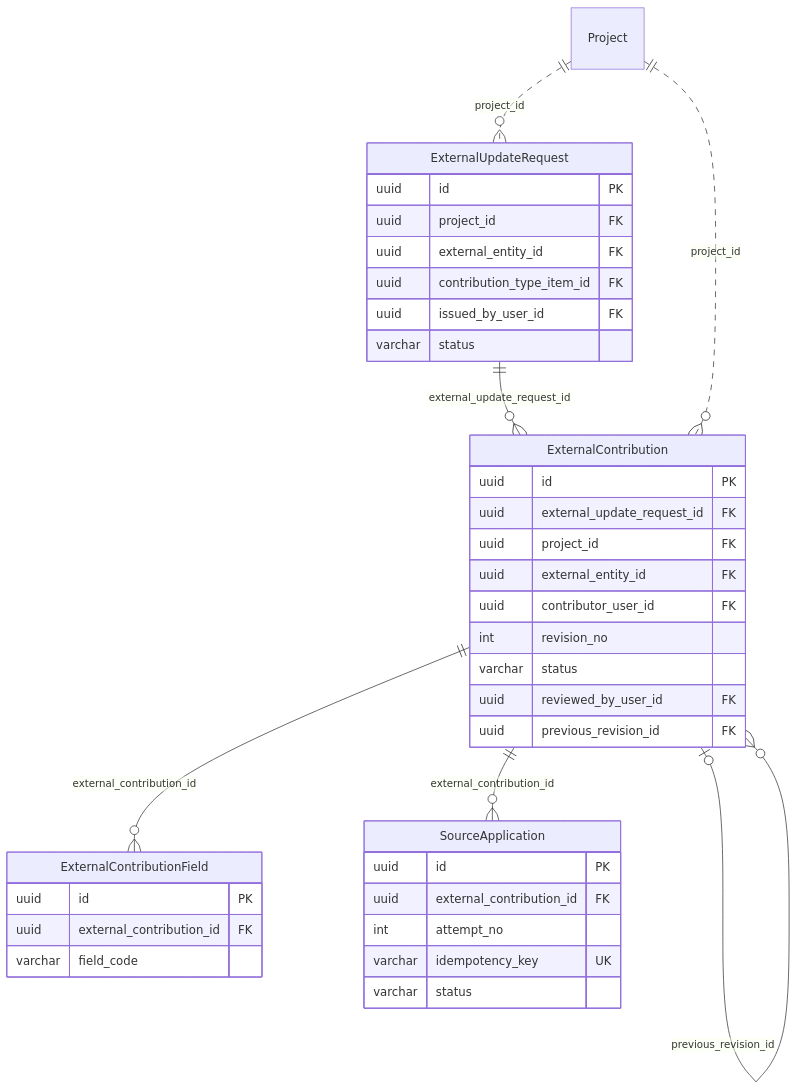
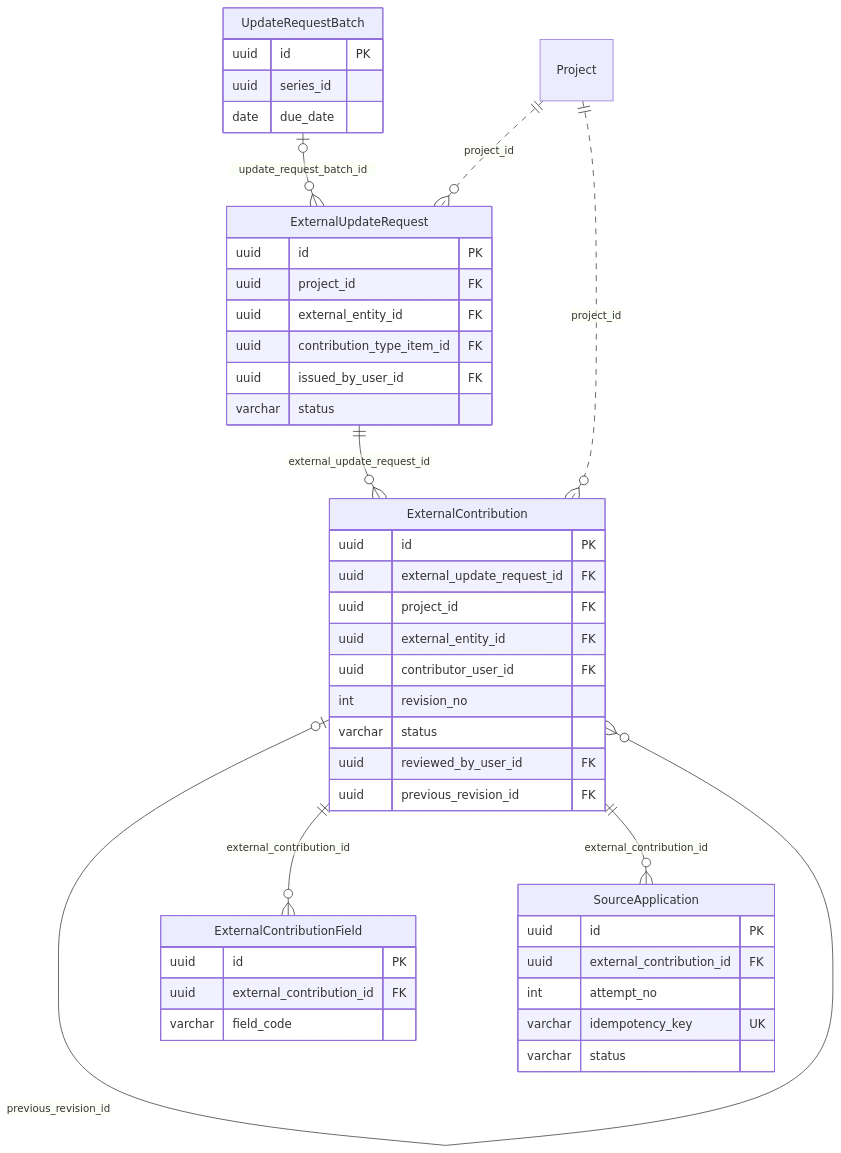
Diagram 16 of 22 in docs/architecture/erd.md (baderalhindi/ImplementW), drawn with Mermaid before and after one commit. The commit also changed other lines of this file and 31 other files, not shown here.

````diff
--- a/docs/architecture/erd.md
+++ b/docs/architecture/erd.md
@@ -1033,40 +1039,46 @@
 ```mermaid
 erDiagram
+    UpdateRequestBatch {
+        uuid id PK
+        uuid series_id
+        date due_date
+    }
     ExternalUpdateRequest {
         uuid id PK
         uuid project_id FK
         uuid external_entity_id FK
         uuid contribution_type_item_id FK
         uuid issued_by_user_id FK
         varchar status
     }
     ExternalContribution {
         uuid id PK
         uuid external_update_request_id FK
         uuid project_id FK
         uuid external_entity_id FK
         uuid contributor_user_id FK
         int revision_no
         varchar status
         uuid reviewed_by_user_id FK
         uuid previous_revision_id FK
     }
     ExternalContributionField {
         uuid id PK
         uuid external_contribution_id FK
         varchar field_code
     }
     SourceApplication {
         uuid id PK
         uuid external_contribution_id FK
         int attempt_no
         varchar idempotency_key UK
         varchar status
     }
     Project ||..o{ ExternalUpdateRequest : "project_id"
+    UpdateRequestBatch |o--o{ ExternalUpdateRequest : "update_request_batch_id"
     ExternalUpdateRequest ||--o{ ExternalContribution : "external_update_request_id"
     Project ||..o{ ExternalContribution : "project_id"
     ExternalContribution |o--o{ ExternalContribution : "previous_revision_id"
     ExternalContribution ||--o{ ExternalContributionField : "external_contribution_id"
     ExternalContribution ||--o{ SourceApplication : "external_contribution_id"
 ```
````
